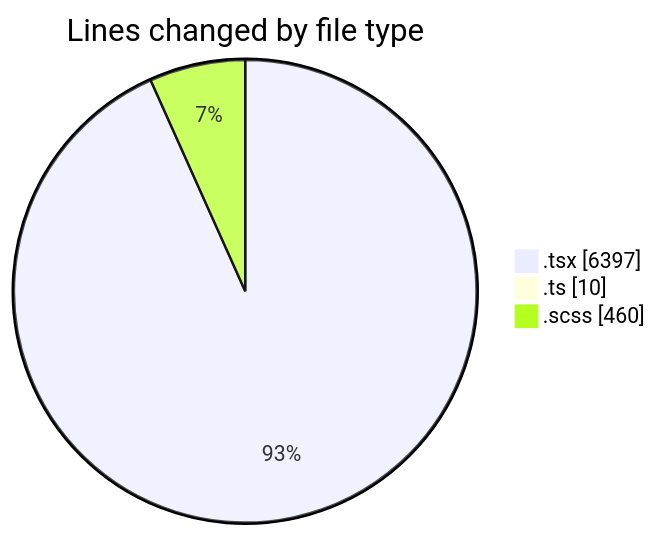
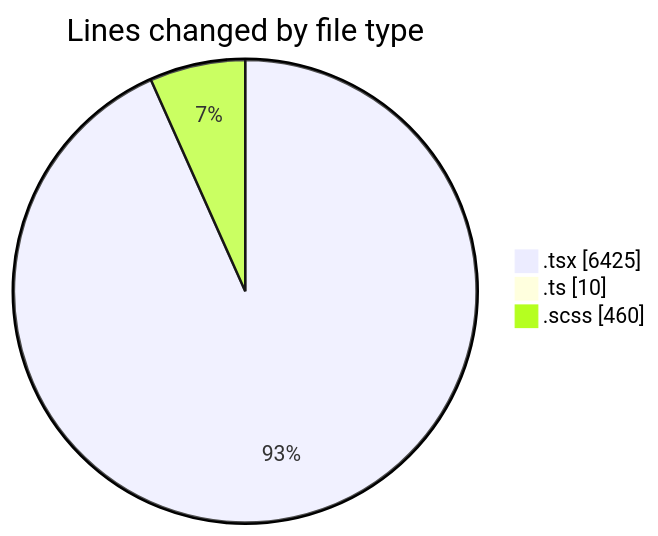
Before and after one commit to momahboobian/code-tracking: the first of 2 diagrams in 2025-11-17/cda/README.md, drawn with Mermaid. The commit also changed other lines of this file and 1 other file, not shown here.

````diff
--- a/2025-11-17/cda/README.md
+++ b/2025-11-17/cda/README.md
@@ -31,7 +31,7 @@
 ```mermaid
 pie showData
 title Lines changed by file type
-".tsx" : 6397
+".tsx" : 6425
 ".ts" : 10
 ".scss" : 460
 ```
````
